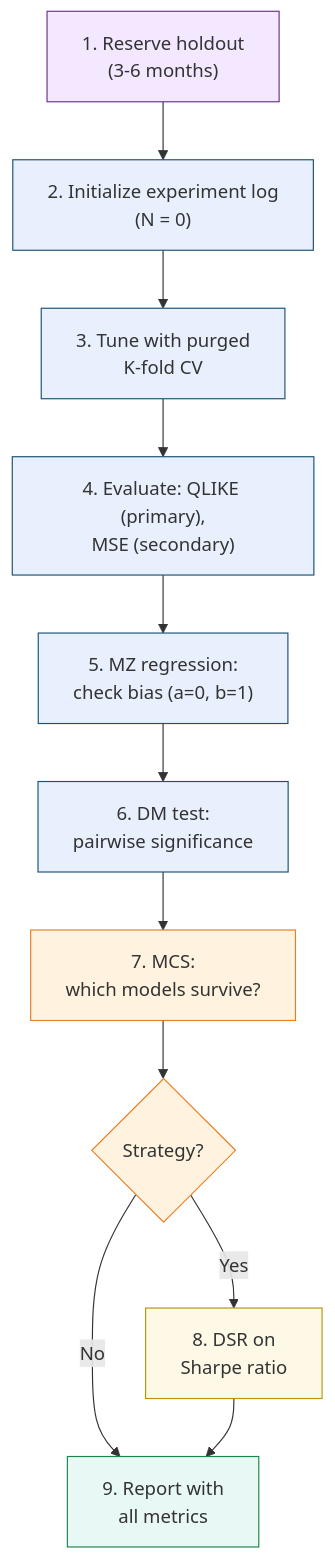
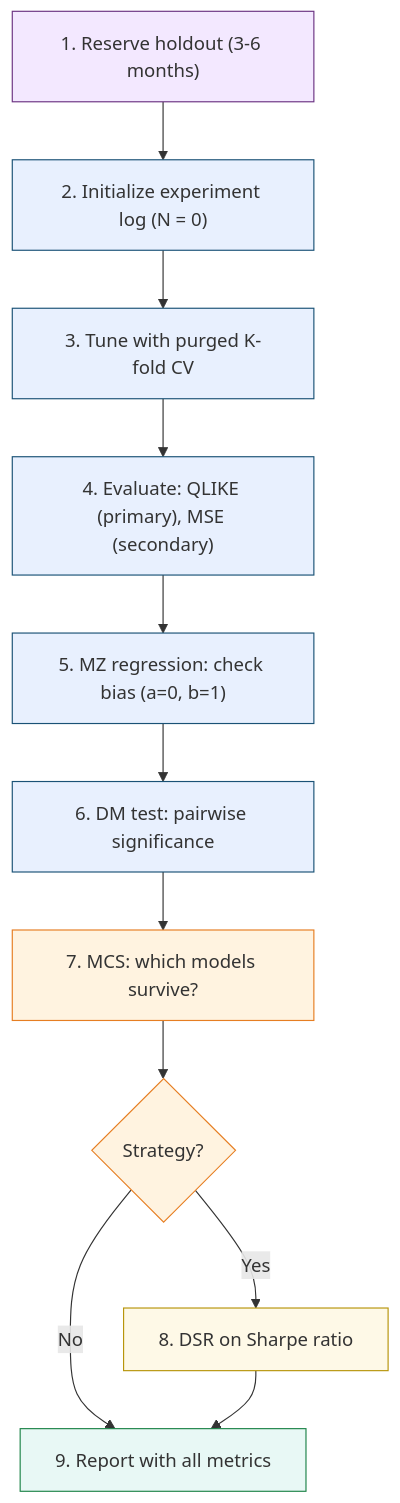
One commit to xRyann2255/ML-GS changed the diagram in vol-learning-guide/markdown/ch16-forecast-evaluation.md. Above: the diagram before and after it, drawn with Mermaid. The commit also changed other lines of this file and 7 other files, not shown here.

````diff
--- a/vol-learning-guide/markdown/ch16-forecast-evaluation.md
+++ b/vol-learning-guide/markdown/ch16-forecast-evaluation.md
@@ -813,24 +1196,24 @@
 ```mermaid
 flowchart TD
-    A["1. Reserve holdout\n(3-6 months)"] --> B["2. Initialize experiment log\n(N = 0)"]
-    B --> C["3. Tune with purged\nK-fold CV"]
-    C --> D["4. Evaluate: QLIKE (primary),\nMSE (secondary)"]
-    D --> E["5. MZ regression:\ncheck bias (a=0, b=1)"]
-    E --> F["6. DM test:\npairwise significance"]
-    F --> G["7. MCS:\nwhich models survive?"]
+    A["1. Reserve holdout (3-6 months)"] --> B["2. Initialize experiment log (N = 0)"]
+    B --> C["3. Tune with purged K-fold CV"]
+    C --> D["4. Evaluate: QLIKE (primary), MSE (secondary)"]
+    D --> E["5. MZ regression: check bias (a=0, b=1)"]
+    E --> F["6. DM test: pairwise significance"]
+    F --> G["7. MCS: which models survive?"]
     G --> H{"Strategy?"}
-    H -- Yes --> I["8. DSR on\nSharpe ratio"]
-    H -- No --> J["9. Report with\nall metrics"]
+    H -- Yes --> I["8. DSR on Sharpe ratio"]
+    H -- No --> J["9. Report with all metrics"]
     I --> J
 
     style A fill:#f3e8ff,stroke:#6c3483
     style B fill:#e8f0fe,stroke:#1a5276
     style C fill:#e8f0fe,stroke:#1a5276
     style D fill:#e8f0fe,stroke:#1a5276
     style E fill:#e8f0fe,stroke:#1a5276
     style F fill:#e8f0fe,stroke:#1a5276
     style G fill:#fff3e0,stroke:#e67e22
     style H fill:#fff3e0,stroke:#e67e22
     style I fill:#fef9e7,stroke:#b7950b
     style J fill:#e8f8f5,stroke:#1e8449
 ```
````
